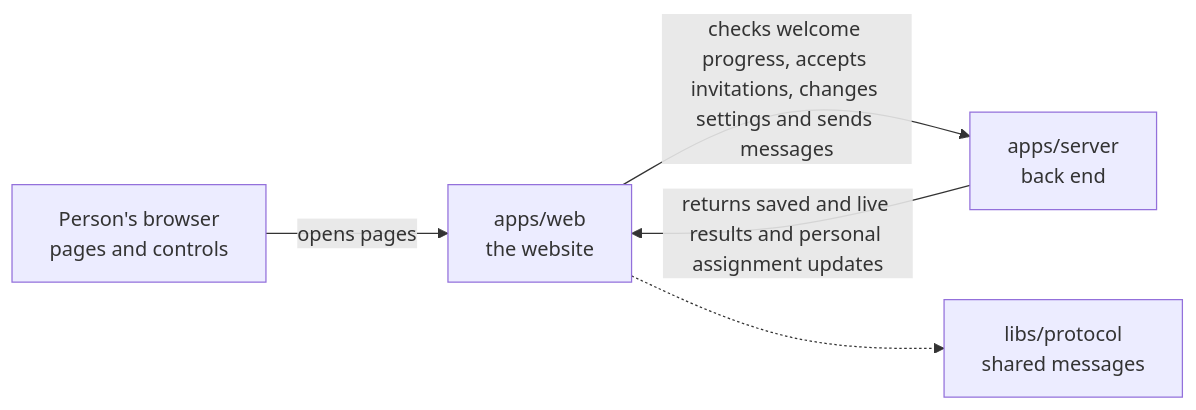
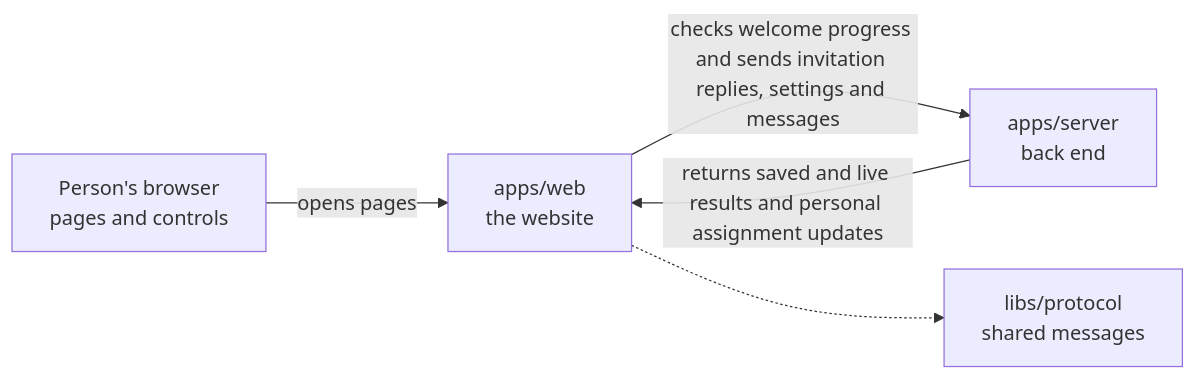
Before and after one commit to elewa-git/opencrane-new: the diagram in apps/web/README.md, drawn with Mermaid. The commit also changed other lines of this file, not shown here.

Commit message:
📝 Explain what the website sends to the server

````diff
--- a/apps/web/README.md
+++ b/apps/web/README.md
@@ -17,7 +17,7 @@
 ```mermaid
 flowchart LR
   browser["Person's browser<br/>pages and controls"] -->|opens pages| web["apps/web<br/>the website"]
-  web -->|checks welcome progress, accepts invitations, changes settings and sends messages| server["apps/server<br/>back end"]
+  web -->|checks welcome progress and sends invitation replies, settings and messages| server["apps/server<br/>back end"]
   server -->|returns saved and live results and personal assignment updates| web
   web -.-> protocol["libs/protocol<br/>shared messages"]
 ```
````
